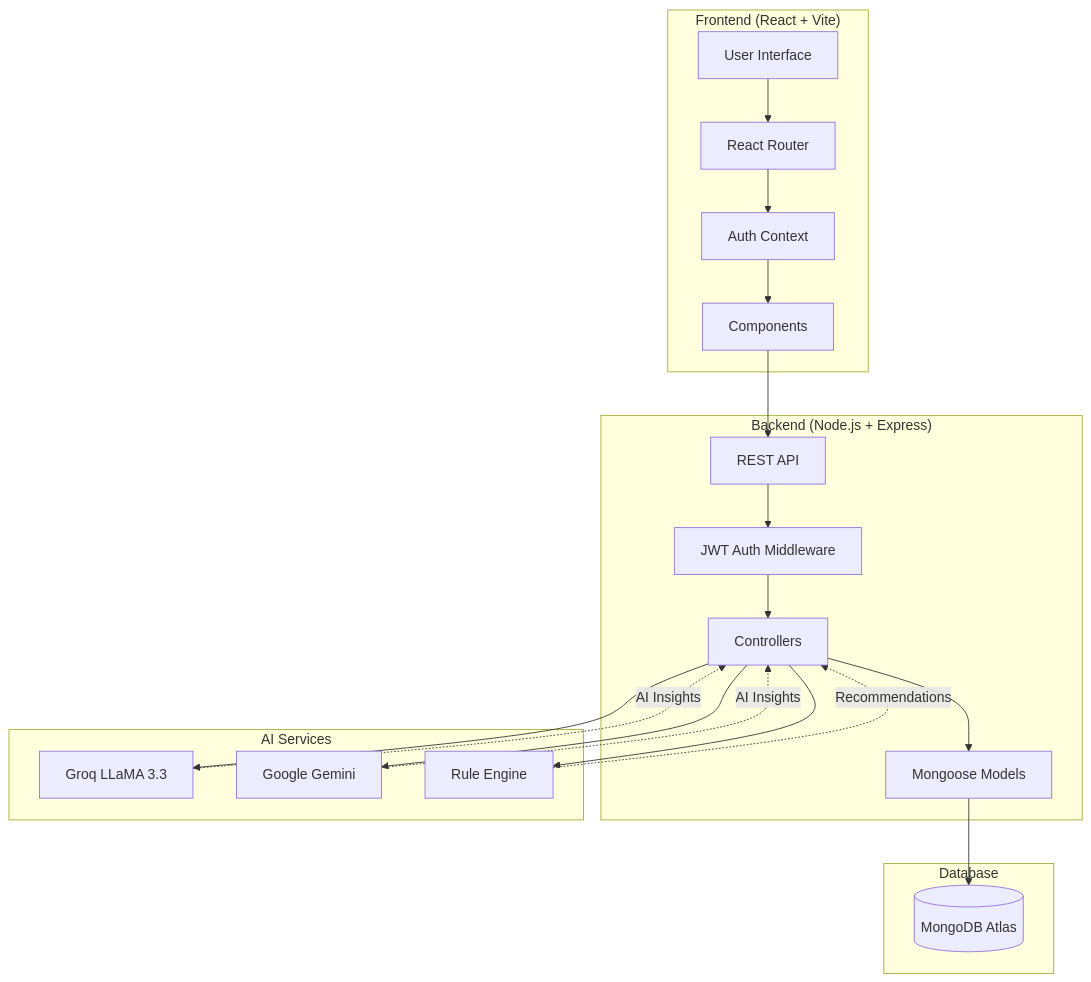
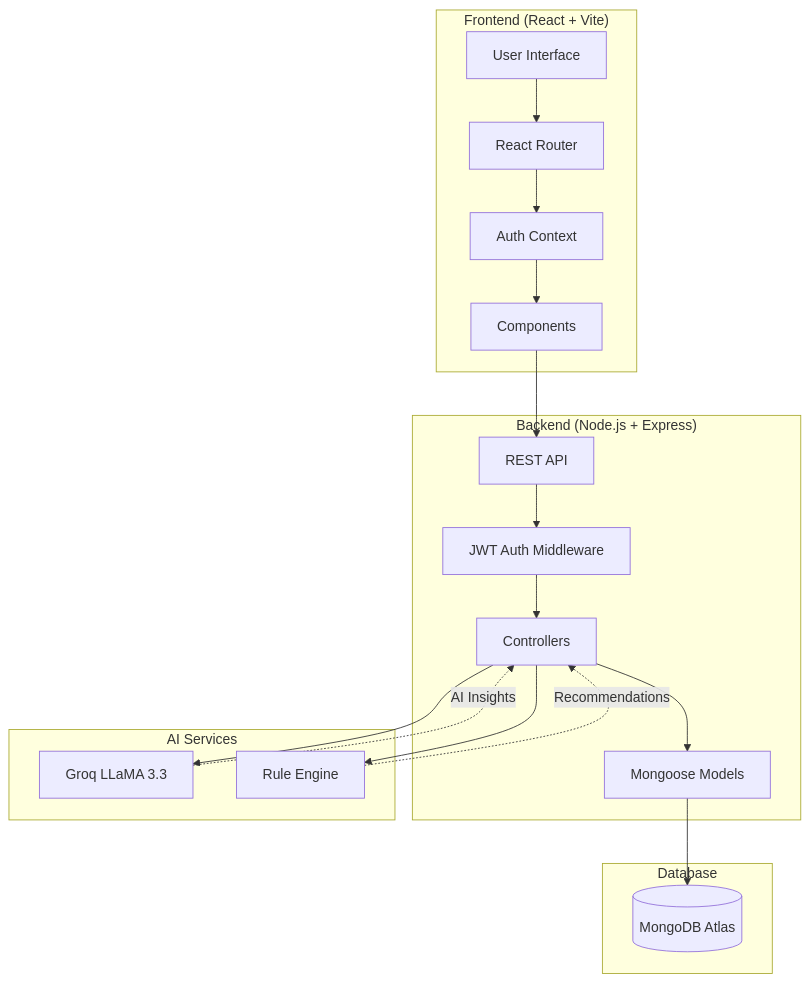
One commit to rizwimohdaltamash/Collab-Space-AI-S-Backend changed the first of 2 diagrams in README.md. Above: the diagram before and after it, drawn with Mermaid. The commit also changed other lines of this file, not shown here.

````diff
--- a/README.md
+++ b/README.md
@@ -177,44 +168,41 @@
 ```mermaid
 graph TB
     subgraph "Frontend (React + Vite)"
         UI[User Interface]
         Router[React Router]
         Context[Auth Context]
         Components[Components]
     end
 
     subgraph "Backend (Node.js + Express)"
         API[REST API]
         Auth[JWT Auth Middleware]
         Controllers[Controllers]
         Models[Mongoose Models]
     end
 
     subgraph "Database"
         MongoDB[(MongoDB Atlas)]
     end
 
     subgraph "AI Services"
         Groq[Groq LLaMA 3.3]
-        Gemini[Google Gemini]
         Rules[Rule Engine]
     end
 
     UI --> Router
     Router --> Context
     Context --> Components
     Components --> API
     
     API --> Auth
     Auth --> Controllers
     Controllers --> Models
     Controllers --> Rules
     Controllers --> Groq
-    Controllers --> Gemini
     
     Models --> MongoDB
     
     Groq -.AI Insights.-> Controllers
-    Gemini -.AI Insights.-> Controllers
     Rules -.Recommendations.-> Controllers
 ```
````
